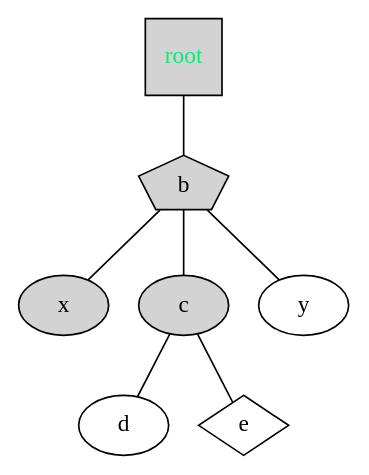
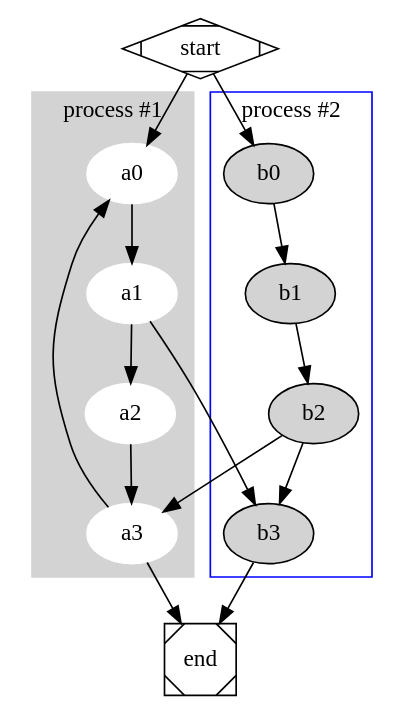
The diagram in pythons/file.dot (vmsreeram/algo-visualiser), drawn with Graphviz before and after one commit. The commit also changed 2 other files, not shown here.

```diff
--- a/pythons/file.dot
+++ b/pythons/file.dot
@@ -1,33 +1,61 @@
 /*
 digraph my_graph {
     {
         node [margin=0 fontcolor=blue fontsize=32 width=0.5 shape=circle style=filled]
     }
    a -> {b c};
    x -> {c y};
    {b y} -> z;
    p -- q;
 } */
-graph my {
+/*graph my {
     a -- b;
     b -- x;
     b -- c;
-    a [fontcolor=springgreen2 style = filled shape=square label="root"]
-    b [style = filled shape=pentagon]
+    a [fontcolor=springgreen2 shape=circle label="root"]
+    b [shape=pentagon]
     c -- {d e}
     b -- y;
-    x [style=filled]
+    x
     e [shape=diamond]
-    c [style=filled]
-}
+    c 
+    d
+}*/
 /*digraph g {
     a -- b;
     b -- x;
     b -- c;
     a [fontcolor=forestgreen style = filled shape=egg label="q"]
     b [style = filled shape=pentagon]
     c -- {d e}
     b -- y;
     x [style=filled]
     e [shape=diamond]
 }*/
+digraph G {
+
+  subgraph cluster_0 {
+    style=filled;
+    color=lightgrey;
+    node [style=filled,color=white];
+    a0 -> a1 -> a2 -> a3;
+    label = "process #1";
+  }
+
+  subgraph cluster_1 {
+    node [style=filled];
+    b0 -> b1 -> b2 -> b3;
+    label = "process #2";
+    color=blue
+  }
+  start -> a0;
+  start -> b0;
+  a1 -> b3;
+  b2 -> a3;
+  a3 -> a0;
+  a3 -> end;
+  b3 -> end;
+
+  start [shape=Mdiamond];
+  end [shape=Msquare];
+}
```
